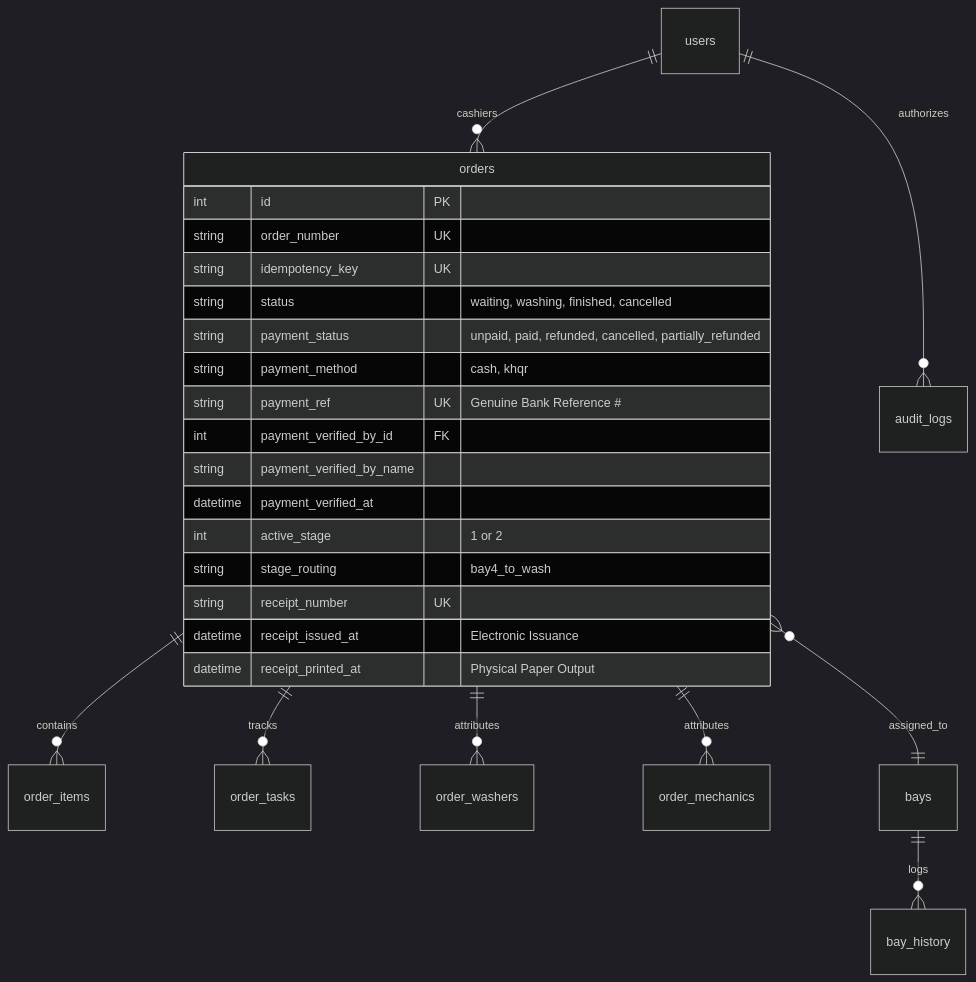
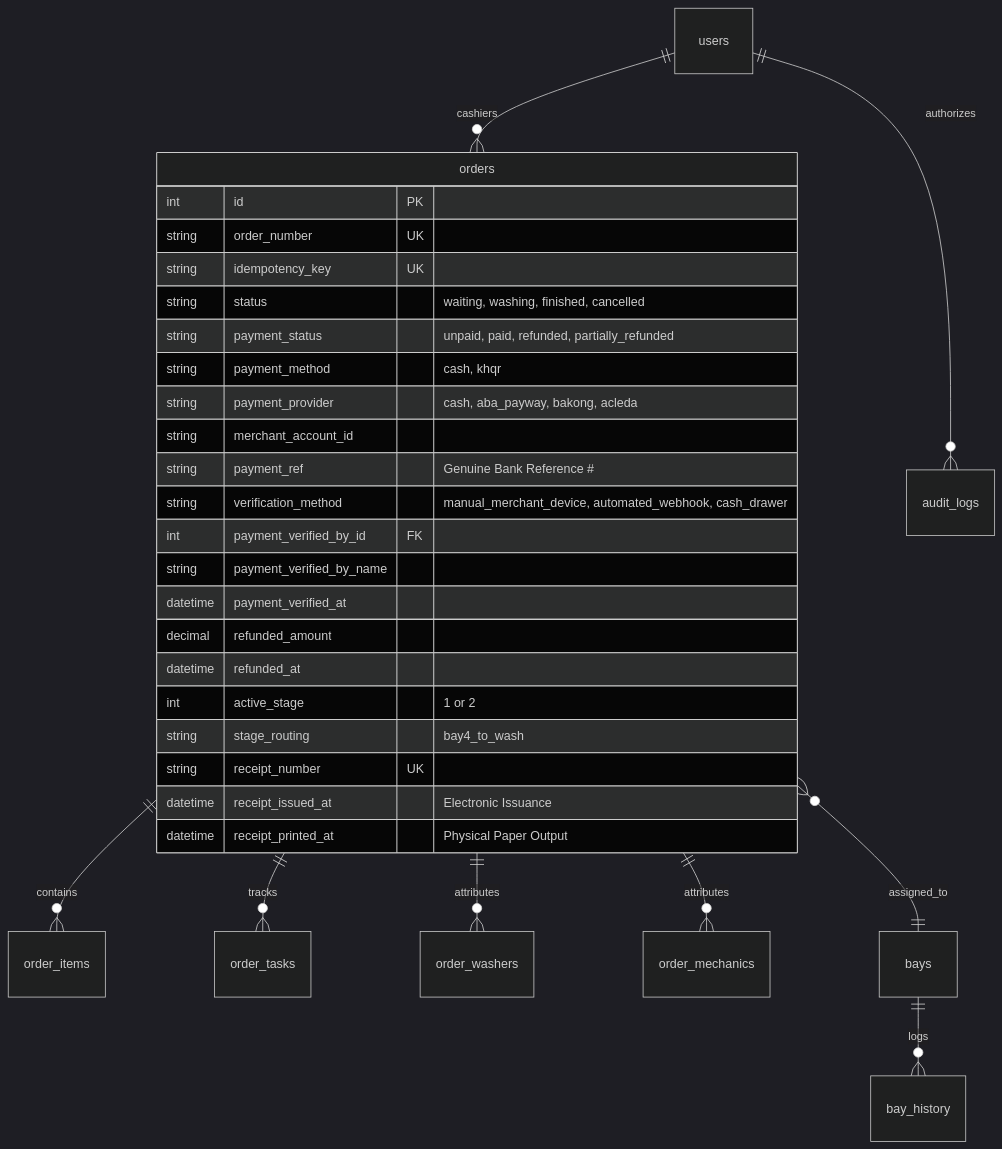
One commit to Tiffy-gif/Car-WashService changed the second of 2 diagrams in POS-IMPLEMENTATION-DEPENDENCY-MAP.md. Above: the diagram before and after it, drawn with Mermaid (dark theme). The commit also changed other lines of this file and 3 other files, not shown here.

````diff
--- a/POS-IMPLEMENTATION-DEPENDENCY-MAP.md
+++ b/POS-IMPLEMENTATION-DEPENDENCY-MAP.md
@@ -292,29 +315,34 @@
 ```mermaid
 erDiagram
     orders ||--o{ order_items : contains
     orders ||--o{ order_tasks : tracks
     orders ||--o{ order_washers : attributes
     orders ||--o{ order_mechanics : attributes
     orders }o--|| bays : assigned_to
     bays ||--o{ bay_history : logs
     users ||--o{ orders : cashiers
     users ||--o{ audit_logs : authorizes
 
     orders {
         int id PK
         string order_number UK
         string idempotency_key UK
         string status "waiting, washing, finished, cancelled"
-        string payment_status "unpaid, paid, refunded, cancelled, partially_refunded"
+        string payment_status "unpaid, paid, refunded, partially_refunded"
         string payment_method "cash, khqr"
-        string payment_ref UK "Genuine Bank Reference #"
+        string payment_provider "cash, aba_payway, bakong, acleda"
+        string merchant_account_id
+        string payment_ref "Genuine Bank Reference #"
+        string verification_method "manual_merchant_device, automated_webhook, cash_drawer"
         int payment_verified_by_id FK
         string payment_verified_by_name
         datetime payment_verified_at
+        decimal refunded_amount
+        datetime refunded_at
         int active_stage "1 or 2"
         string stage_routing "bay4_to_wash"
         string receipt_number UK
         datetime receipt_issued_at "Electronic Issuance"
         datetime receipt_printed_at "Physical Paper Output"
     }
 ```
````
